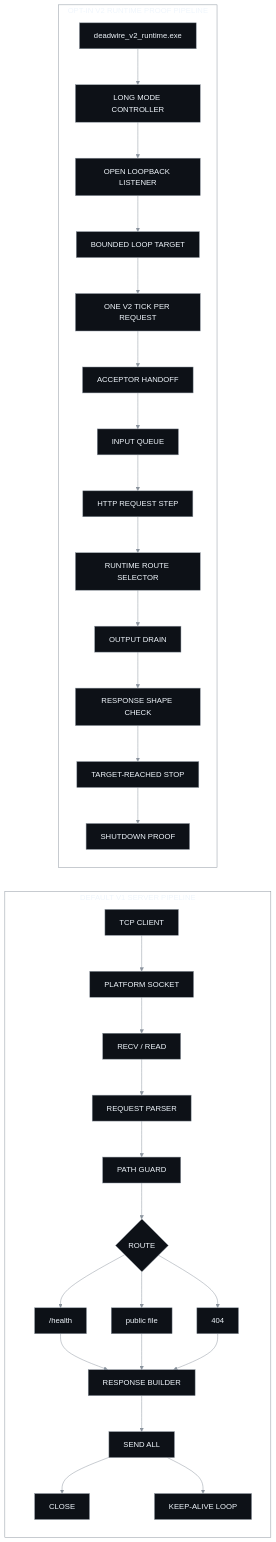
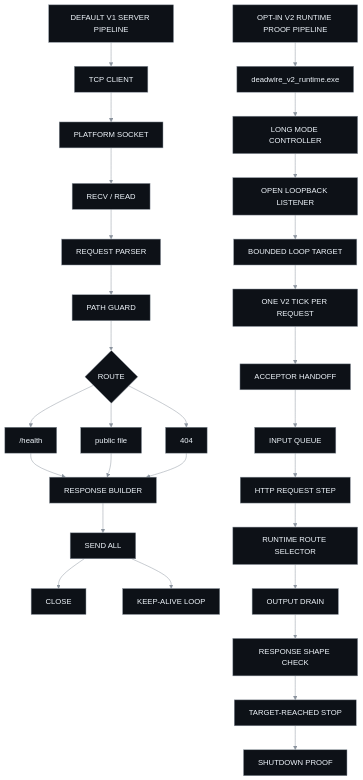
One commit to Deadbytes101/DEADWIRE-HTTPD changed the diagram in README.md. Above: the diagram before and after it, drawn with Mermaid.

Commit message:
docs: remove mermaid subgraph panels

````diff
--- a/README.md
+++ b/README.md
@@ -35,42 +35,42 @@
 ```mermaid
-%%{init: {"theme": "base", "themeVariables": {"background": "transparent", "mainBkg": "transparent", "clusterBkg": "transparent", "clusterBorder": "#8b949e", "primaryColor": "#0d1117", "primaryTextColor": "#f0f6fc", "primaryBorderColor": "#8b949e", "lineColor": "#8b949e", "fontFamily": "monospace"}}}%%
-flowchart LR
-    subgraph V1["DEFAULT V1 SERVER PIPELINE"]
-        CLIENT["TCP CLIENT"] --> SOCKET["PLATFORM SOCKET"]
-        SOCKET --> RECV["RECV / READ"]
-        RECV --> PARSE["REQUEST PARSER"]
-        PARSE --> GUARD["PATH GUARD"]
-        GUARD --> ROUTE{"ROUTE"}
-        ROUTE --> HEALTH["/health"]
-        ROUTE --> STATIC["public file"]
-        ROUTE --> MISS["404"]
-        HEALTH --> RESPONSE["RESPONSE BUILDER"]
-        STATIC --> RESPONSE
-        MISS --> RESPONSE
-        RESPONSE --> SEND["SEND ALL"]
-        SEND --> CLOSE["CLOSE"]
-        SEND --> LOOP["KEEP-ALIVE LOOP"]
-    end
+%%{init: {"theme": "base", "themeVariables": {"background": "transparent", "primaryColor": "#0d1117", "primaryTextColor": "#f0f6fc", "primaryBorderColor": "#8b949e", "lineColor": "#8b949e", "fontFamily": "monospace"}}}%%
+flowchart TD
+    V1TITLE["DEFAULT V1 SERVER PIPELINE"]
+    V1TITLE --> CLIENT["TCP CLIENT"]
+    CLIENT --> SOCKET["PLATFORM SOCKET"]
+    SOCKET --> RECV["RECV / READ"]
+    RECV --> PARSE["REQUEST PARSER"]
+    PARSE --> GUARD["PATH GUARD"]
+    GUARD --> ROUTE{"ROUTE"}
+    ROUTE --> HEALTH["/health"]
+    ROUTE --> STATIC["public file"]
+    ROUTE --> MISS["404"]
+    HEALTH --> RESPONSE["RESPONSE BUILDER"]
+    STATIC --> RESPONSE
+    MISS --> RESPONSE
+    RESPONSE --> SEND["SEND ALL"]
+    SEND --> CLOSE["CLOSE"]
+    SEND --> LOOP["KEEP-ALIVE LOOP"]
 
-    subgraph V2["OPT-IN V2 RUNTIME PROOF PIPELINE"]
-        V2BOOT["deadwire_v2_runtime.exe"] --> V2LONG["LONG MODE CONTROLLER"]
-        V2LONG --> V2LIVE["OPEN LOOPBACK LISTENER"]
-        V2LIVE --> V2COUNT["BOUNDED LOOP TARGET"]
-        V2COUNT --> V2TICK["ONE V2 TICK PER REQUEST"]
-        V2TICK --> V2ACCEPT["ACCEPTOR HANDOFF"]
-        V2ACCEPT --> V2QUEUE["INPUT QUEUE"]
-        V2QUEUE --> V2HTTP["HTTP REQUEST STEP"]
-        V2HTTP --> V2ROUTE["RUNTIME ROUTE SELECTOR"]
-        V2ROUTE --> V2OUT["OUTPUT DRAIN"]
-        V2OUT --> V2CHECK["RESPONSE SHAPE CHECK"]
-        V2CHECK --> V2STOP["TARGET-REACHED STOP"]
-        V2STOP --> V2SHUT["SHUTDOWN PROOF"]
-    end
+    V2TITLE["OPT-IN V2 RUNTIME PROOF PIPELINE"]
+    V2TITLE --> V2BOOT["deadwire_v2_runtime.exe"]
+    V2BOOT --> V2LONG["LONG MODE CONTROLLER"]
+    V2LONG --> V2LIVE["OPEN LOOPBACK LISTENER"]
+    V2LIVE --> V2COUNT["BOUNDED LOOP TARGET"]
+    V2COUNT --> V2TICK["ONE V2 TICK PER REQUEST"]
+    V2TICK --> V2ACCEPT["ACCEPTOR HANDOFF"]
+    V2ACCEPT --> V2QUEUE["INPUT QUEUE"]
+    V2QUEUE --> V2HTTP["HTTP REQUEST STEP"]
+    V2HTTP --> V2ROUTE["RUNTIME ROUTE SELECTOR"]
+    V2ROUTE --> V2OUT["OUTPUT DRAIN"]
+    V2OUT --> V2CHECK["RESPONSE SHAPE CHECK"]
+    V2CHECK --> V2STOP["TARGET-REACHED STOP"]
+    V2STOP --> V2SHUT["SHUTDOWN PROOF"]
 
     classDef node fill:#0d1117,stroke:#8b949e,color:#f0f6fc
+    classDef title fill:#0d1117,stroke:#8b949e,color:#f0f6fc
     class CLIENT,SOCKET,RECV,PARSE,GUARD,HEALTH,STATIC,MISS,RESPONSE,SEND,CLOSE,LOOP node
     class V2BOOT,V2LONG,V2LIVE,V2COUNT,V2TICK,V2ACCEPT,V2QUEUE,V2HTTP,V2ROUTE,V2OUT,V2CHECK,V2STOP,V2SHUT node
     class ROUTE node
-    style V1 fill:none,stroke:#8b949e,color:#f0f6fc
-    style V2 fill:none,stroke:#8b949e,color:#f0f6fc
+    class V1TITLE,V2TITLE title
 ```
````
